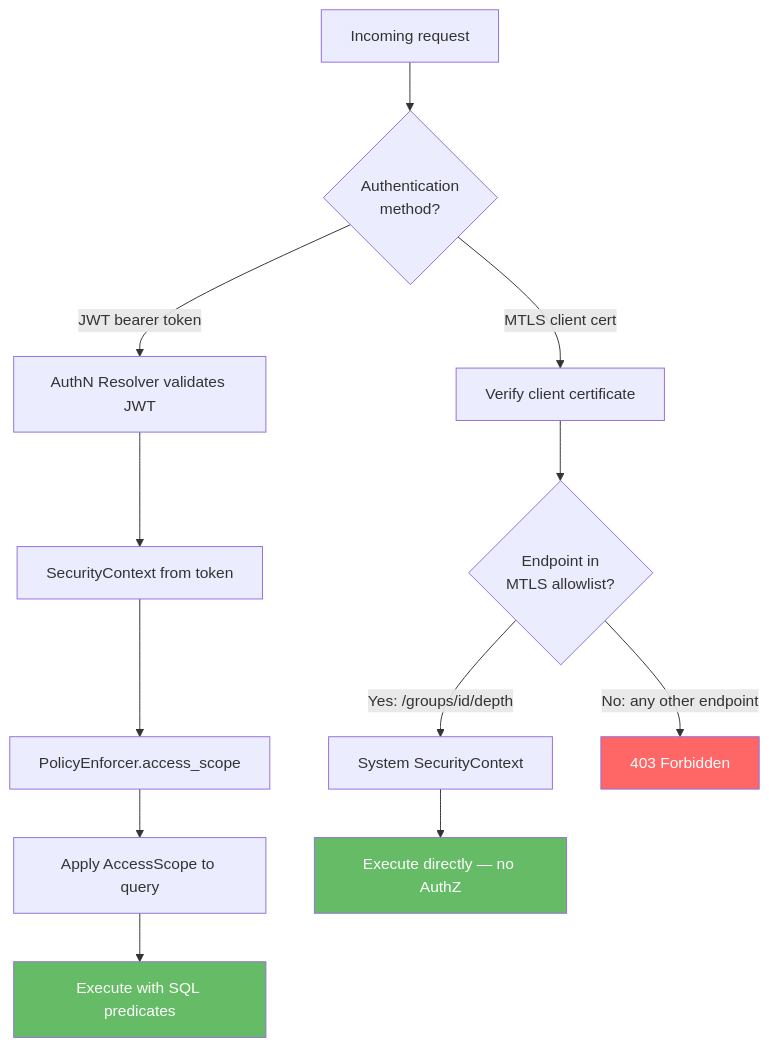
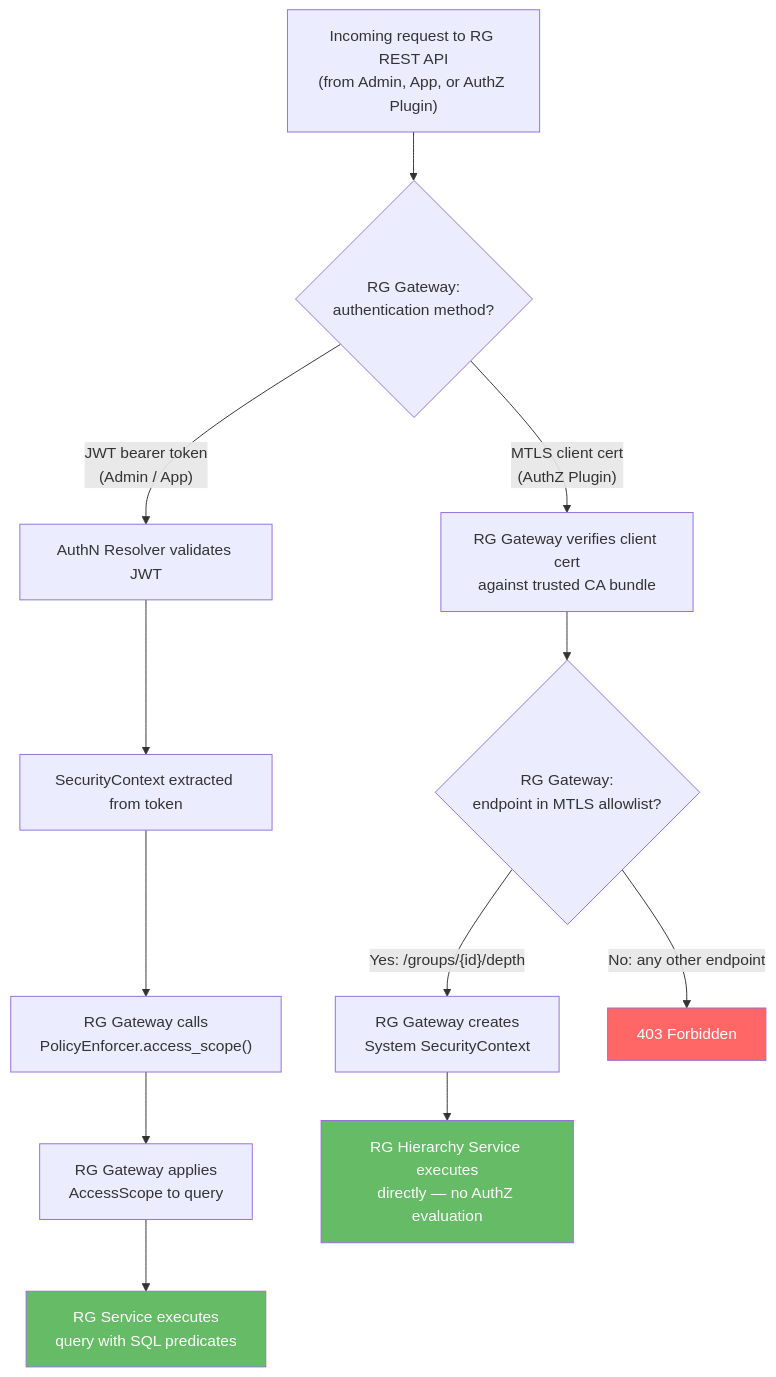
One commit to ffedoroff/cyberfabric-core changed the sixth of 8 diagrams in modules/system/resource-group/docs/DESIGN.md. Above: the diagram before and after it, drawn with Mermaid. The commit also changed other lines of this file and 1 other file, not shown here.

````diff
--- a/modules/system/resource-group/docs/DESIGN.md
+++ b/modules/system/resource-group/docs/DESIGN.md
@@ -1091,20 +1100,20 @@
 ```mermaid
 flowchart TD
-    REQ[Incoming request] --> AUTH_CHECK{Authentication<br/>method?}
+    REQ["Incoming request to RG REST API<br/>(from Admin, App, or AuthZ Plugin)"] --> AUTH_CHECK{RG Gateway:<br/>authentication method?}
 
-    AUTH_CHECK -->|JWT bearer token| JWT_PATH[AuthN Resolver validates JWT]
-    JWT_PATH --> SEC_CTX[SecurityContext from token]
-    SEC_CTX --> AUTHZ[PolicyEnforcer.access_scope]
-    AUTHZ --> CONSTRAINTS[Apply AccessScope to query]
-    CONSTRAINTS --> EXEC[Execute with SQL predicates]
+    AUTH_CHECK -->|"JWT bearer token<br/>(Admin / App)"| JWT_PATH[AuthN Resolver validates JWT]
+    JWT_PATH --> SEC_CTX[SecurityContext extracted from token]
+    SEC_CTX --> AUTHZ["RG Gateway calls<br/>PolicyEnforcer.access_scope()"]
+    AUTHZ --> CONSTRAINTS[RG Gateway applies<br/>AccessScope to query]
+    CONSTRAINTS --> EXEC["RG Service executes<br/>query with SQL predicates"]
 
-    AUTH_CHECK -->|MTLS client cert| MTLS_PATH[Verify client certificate]
-    MTLS_PATH --> ENDPOINT_CHECK{Endpoint in<br/>MTLS allowlist?}
-    ENDPOINT_CHECK -->|Yes: /groups/id/depth| SYSTEM_CTX[System SecurityContext]
-    SYSTEM_CTX --> EXEC_DIRECT[Execute directly — no AuthZ]
+    AUTH_CHECK -->|"MTLS client cert<br/>(AuthZ Plugin)"| MTLS_PATH["RG Gateway verifies client cert<br/>against trusted CA bundle"]
+    MTLS_PATH --> ENDPOINT_CHECK{RG Gateway:<br/>endpoint in MTLS allowlist?}
+    ENDPOINT_CHECK -->|"Yes: /groups/{id}/depth"| SYSTEM_CTX["RG Gateway creates<br/>System SecurityContext"]
+    SYSTEM_CTX --> EXEC_DIRECT["RG Hierarchy Service executes<br/>directly — no AuthZ evaluation"]
     ENDPOINT_CHECK -->|No: any other endpoint| REJECT[403 Forbidden]
 
     style REJECT fill:#f66,color:#fff
     style EXEC_DIRECT fill:#6b6,color:#fff
     style EXEC fill:#6b6,color:#fff
 ```
````
